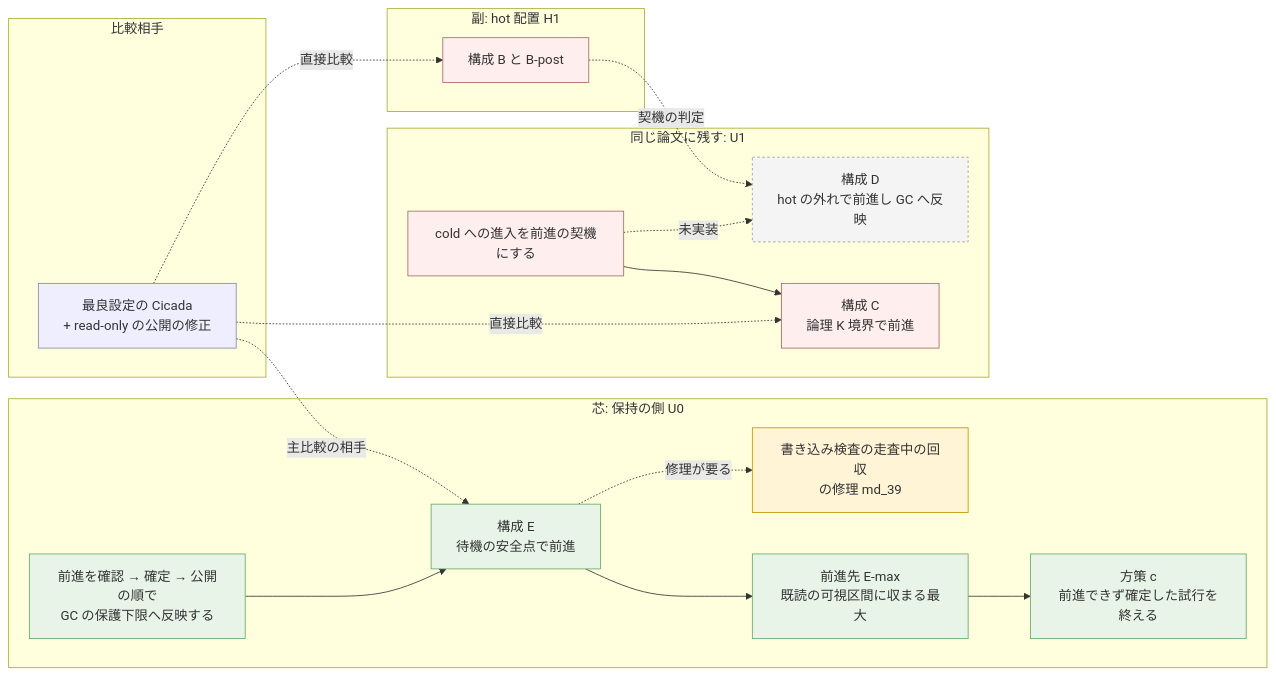
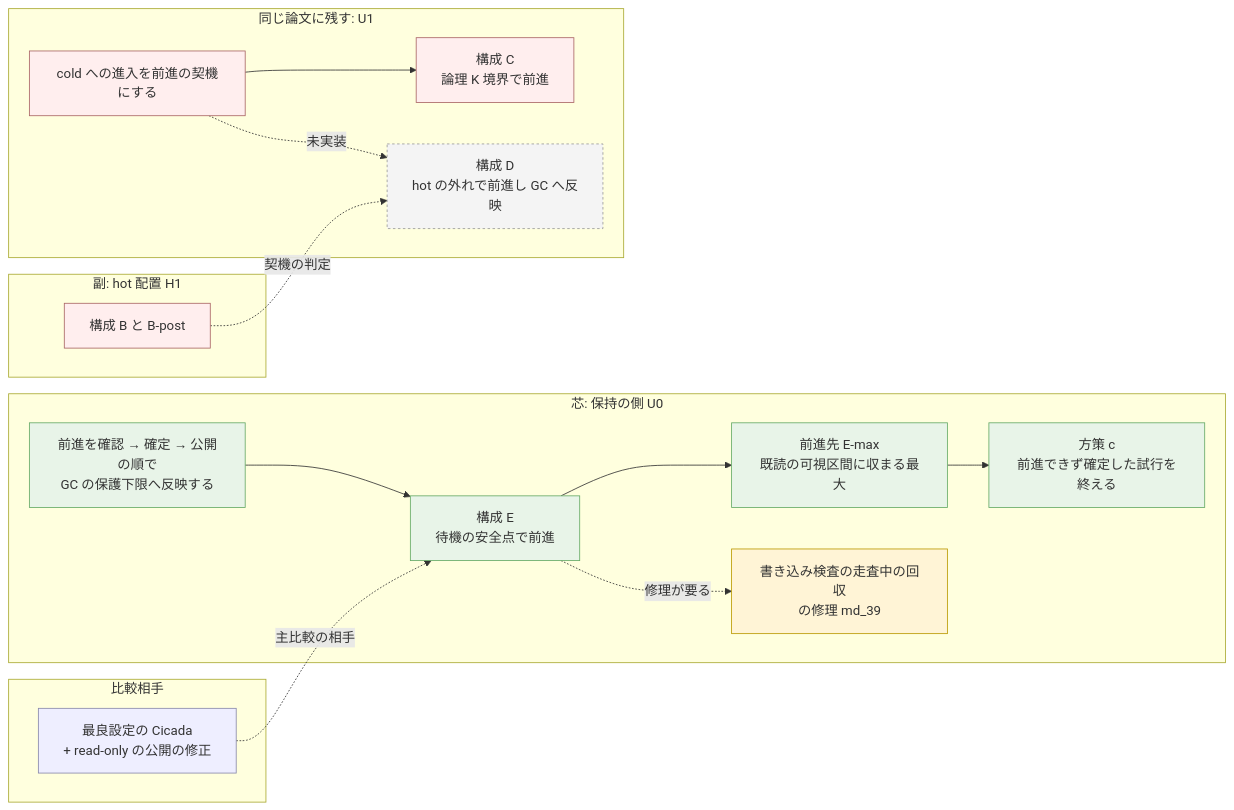
Before and after one commit to thawk105/izanagi: the first of 41 diagrams in docs/paper-story-vhash/2026-10-01.md, drawn with Mermaid. The commit also changed other lines of this file and 4 other files, not shown here.

````diff
--- a/docs/paper-story-vhash/2026-10-01.md
+++ b/docs/paper-story-vhash/2026-10-01.md
@@ -25,34 +27,32 @@
 ```mermaid
 flowchart LR
   subgraph CORE["芯: 保持の側 U0"]
     u0["前進を確認 → 確定 → 公開の順で<br/>GC の保護下限へ反映する"]:::meas
     e["構成 E<br/>待機の安全点で前進"]:::meas
     emax["前進先 E-max<br/>既読の可視区間に収まる最大"]:::meas
     pc["方策 c<br/>前進できず確定した試行を終える"]:::meas
     fix["書き込み検査の走査中の回収<br/>の修理 md_39"]:::open
   end
   subgraph SUB["同じ論文に残す: U1"]
     u1["cold への進入を前進の契機にする"]:::neg
     cc["構成 C<br/>論理 K 境界で前進"]:::neg
     dd["構成 D<br/>hot の外れで前進し GC へ反映"]:::none
   end
   subgraph HOT["副: hot 配置 H1"]
     hb["構成 B と B-post"]:::neg
   end
   subgraph CMP["比較相手"]
     r["最良設定の Cicada<br/>+ read-only の公開の修正"]:::defect
   end
   u0 --> e --> emax --> pc
   e -.修理が要る.-> fix
   u1 --> cc
   u1 -.未実装.-> dd
   hb -.契機の判定.-> dd
   r -.主比較の相手.-> e
-  r -.直接比較.-> cc
-  r -.直接比較.-> hb
   classDef meas fill:#e8f4e8,stroke:#6a6
   classDef neg fill:#fee,stroke:#a66
   classDef open fill:#fff4d6,stroke:#b90
   classDef none fill:#f4f4f4,stroke:#999,stroke-dasharray: 3 3
   classDef defect fill:#eef,stroke:#88a
 ```
````
